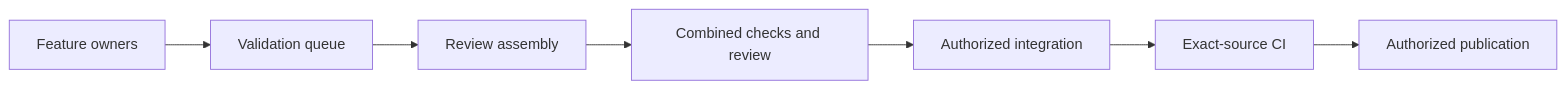
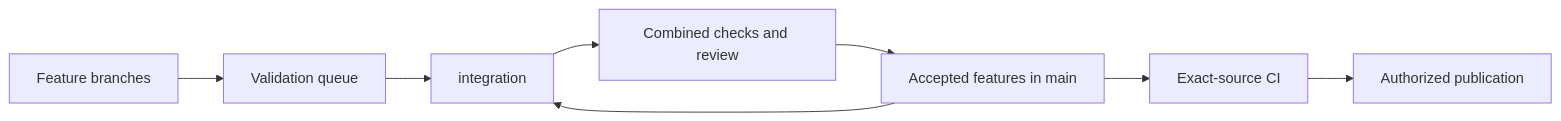
The diagram in docs/worktree-development.md (RyanEwen/paseo), drawn with Mermaid before and after one commit. The commit also changed other lines of this file and 396 other files, not shown here.

````diff
--- a/docs/worktree-development.md
+++ b/docs/worktree-development.md
@@ -71,9 +82,10 @@
 ```mermaid
 flowchart LR
-  Owners[Feature owners] --> Checks[Validation queue]
-  Checks --> Preview[Review assembly]
-  Preview --> Review[Combined checks and review]
-  Review --> Merge[Authorized integration]
-  Merge --> CI[Exact-source CI]
+Owners[Feature branches] --> Checks[Validation queue]
+Checks --> Preview[integration]
+Preview --> Review[Combined checks and review]
+Review --> Merge[Accepted features in main]
+Merge --> Preview
+Merge --> CI[Exact-source CI]
   CI --> Release[Authorized publication]
 ```
````
